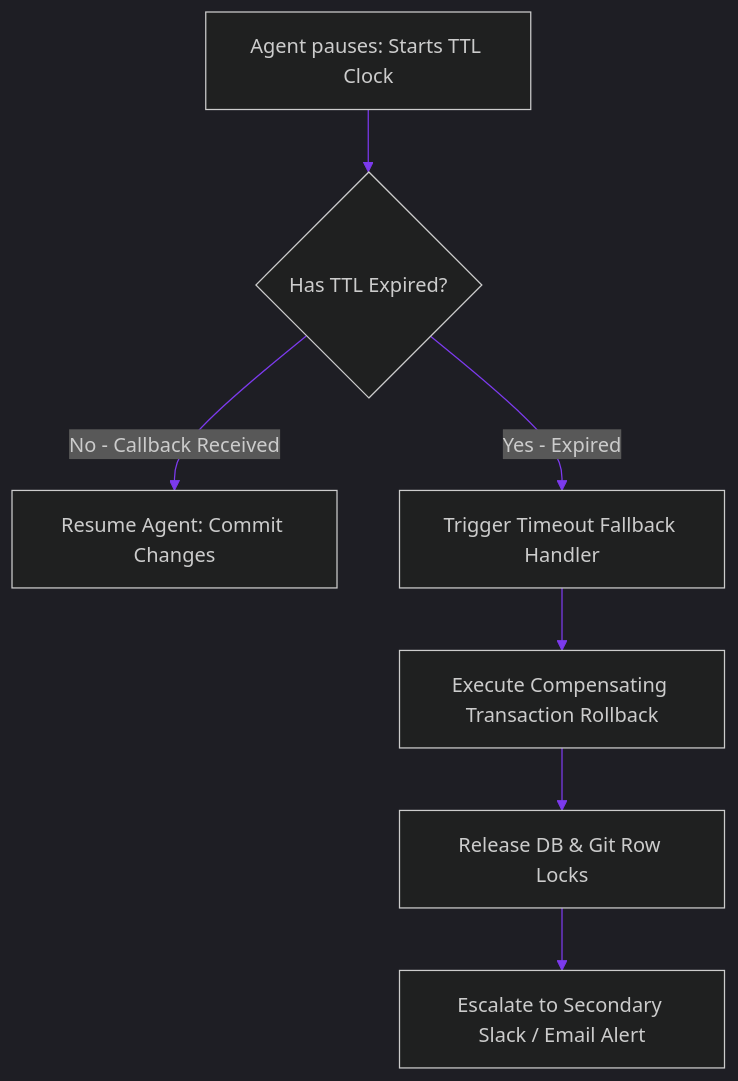
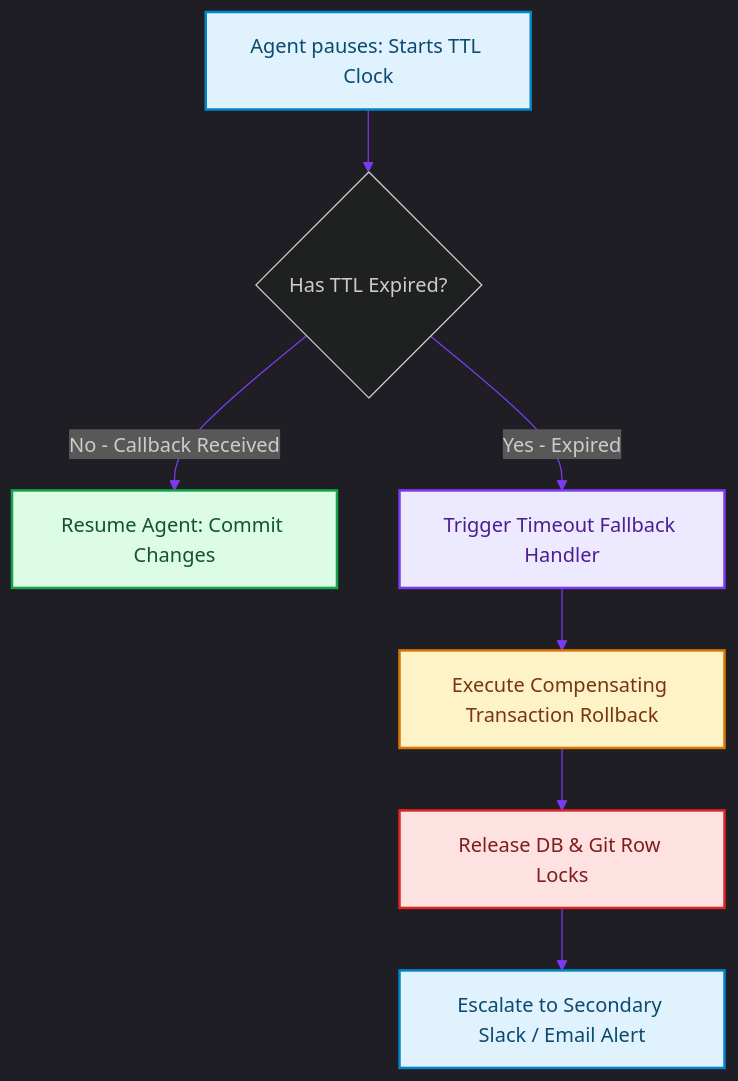
The diagram in blog/posts/hitl-state-machine-ttl-escalation-timeouts.md (akmalkhaniub/akmalkhaniub.github.io), drawn with Mermaid before and after one commit. The commit also changed other lines of this file and 1291 other files, not shown here.

First line of the commit message:
feat(catalog): unique covers, scholarly references, and diagram palettes

````diff
--- a/blog/posts/hitl-state-machine-ttl-escalation-timeouts.md
+++ b/blog/posts/hitl-state-machine-ttl-escalation-timeouts.md
@@ -16,12 +16,23 @@
 ```mermaid
 %%{init: {'theme': 'dark', 'themeVariables': { 'primaryColor': '#7c3aed', 'primaryTextColor': '#f3f4f6', 'primaryBorderColor': '#a78bfa', 'lineColor': '#7c3aed', 'secondaryColor': '#111827', 'tertiaryColor': '#0b0f19'}}}%%
 flowchart TD
-    Pause[Agent pauses: Starts TTL Clock] --> Check{Has TTL Expired?}
+    Pause["Agent pauses: Starts TTL Clock"] --> Check{Has TTL Expired?}
     
-    Check -->|No - Callback Received| Resume[Resume Agent: Commit Changes]
-    Check -->|Yes - Expired| Fallback[Trigger Timeout Fallback Handler]
+    Check -->|No - Callback Received| Resume["Resume Agent: Commit Changes"]
+    Check -->|Yes - Expired| Fallback["Trigger Timeout Fallback Handler"]
     
-    Fallback --> Rollback[Execute Compensating Transaction Rollback]
-    Rollback --> Release[Release DB & Git Row Locks]
-    Release --> Notify[Escalate to Secondary Slack / Email Alert]
+    Fallback --> Rollback["Execute Compensating Transaction Rollback"]
+    Rollback --> Release["Release DB & Git Row Locks"]
+    Release --> Notify["Escalate to Secondary Slack / Email Alert"]
+
+classDef green fill:#dcfce7,stroke:#16a34a,stroke-width:2px,color:#14532d;
+classDef red fill:#fee2e2,stroke:#dc2626,stroke-width:2px,color:#7f1d1d;
+classDef blue fill:#e0f2fe,stroke:#0284c7,stroke-width:2px,color:#0c4a6e;
+classDef yellow fill:#fef3c7,stroke:#d97706,stroke-width:2px,color:#78350f;
+classDef purple fill:#ede9fe,stroke:#7c3aed,stroke-width:2px,color:#4c1d95;
+class Pause,Notify blue
+class Resume green
+class Fallback purple
+class Rollback yellow
+class Release red
 ```
````
